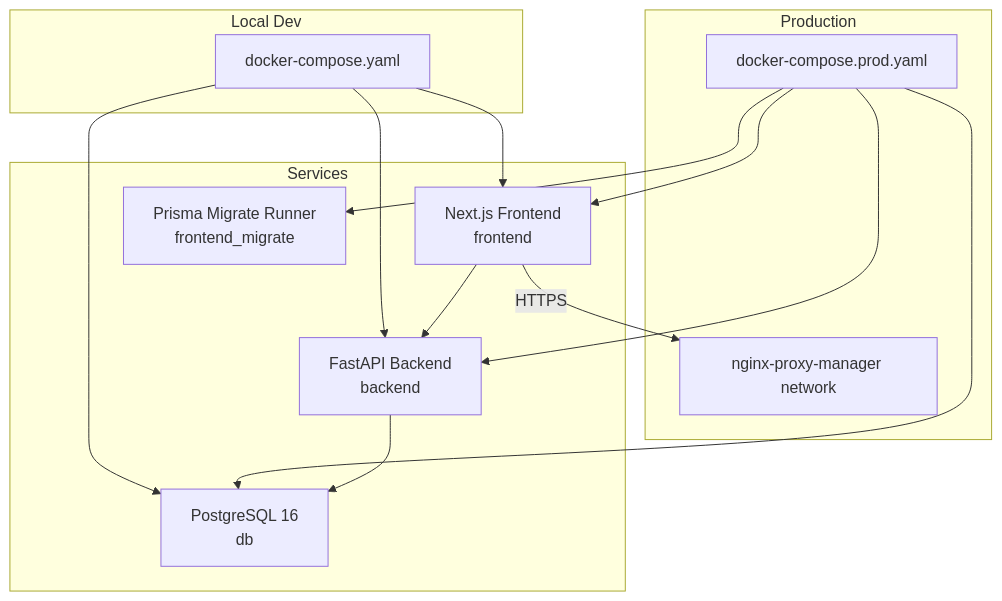
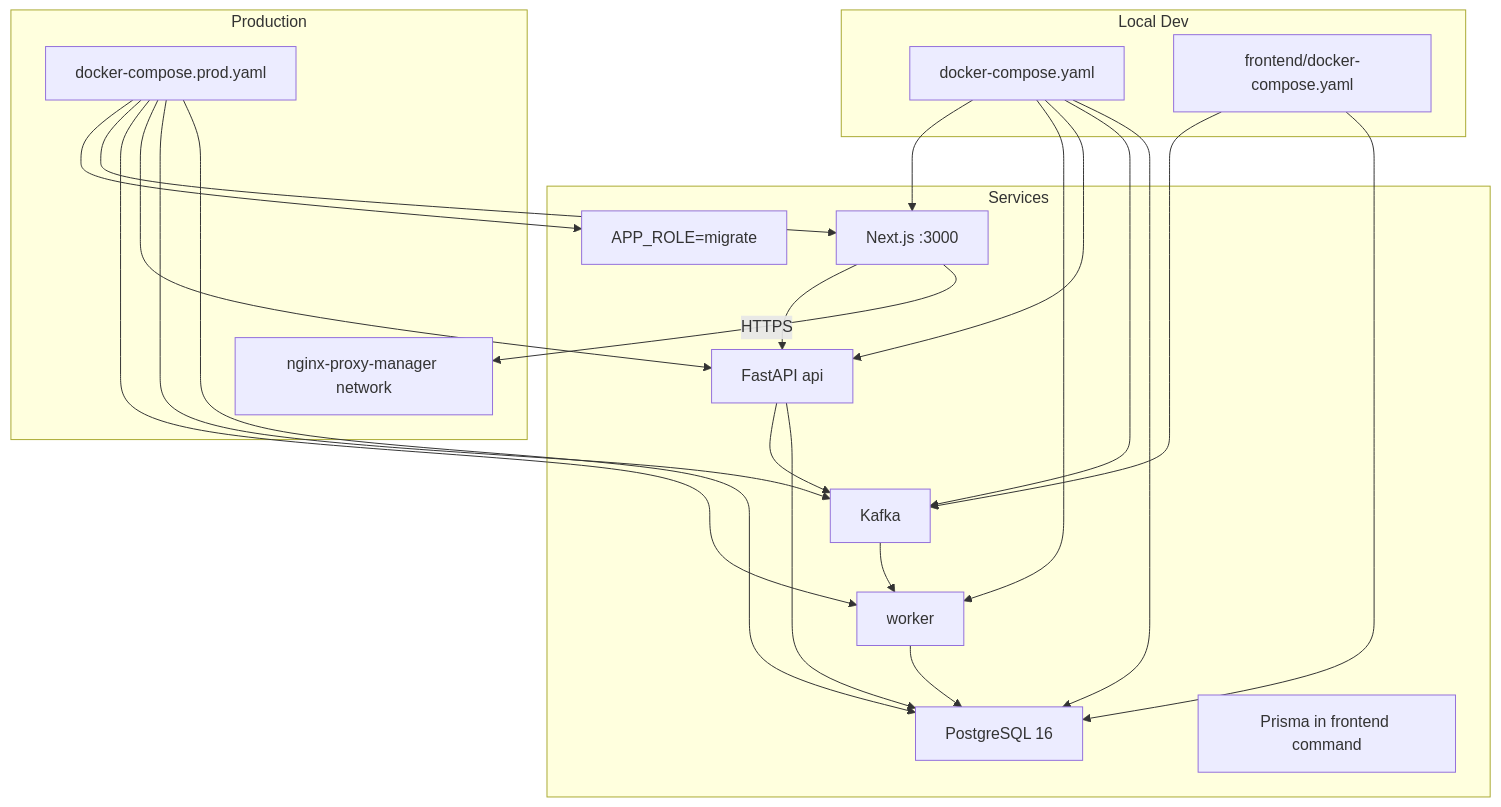
Before and after one commit to tashifkhan/tashif.codes: the first of 8 diagrams in src/data/docs/talentsync/Architecture Overview/Deployment Architecture.md, drawn with Mermaid. The commit also changed other lines of this file and 2128 other files, not shown here.

First line of the commit message:
docs: replace raster diagram images with native Mermaid across project guides

````diff
--- a/src/data/docs/talentsync/Architecture Overview/Deployment Architecture.md
+++ b/src/data/docs/talentsync/Architecture Overview/Deployment Architecture.md
@@ -14,26 +14,39 @@
 ```mermaid
 graph TB
 subgraph "Local Dev"
 DCDev["docker-compose.yaml"]
+HOST["frontend/docker-compose.yaml"]
 end
 subgraph "Production"
 DCP["docker-compose.prod.yaml"]
 NPMNet["nginx-proxy-manager network"]
 end
 subgraph "Services"
-DB["PostgreSQL 16<br/>db"]
-BE["FastAPI Backend<br/>backend"]
-FE["Next.js Frontend<br/>frontend"]
-MIG["Prisma Migrate Runner<br/>frontend_migrate"]
+DB["PostgreSQL 16"]
+K["Kafka"]
+BE["FastAPI api"]
+W["worker"]
+FE["Next.js :3000"]
+MIG["Prisma in frontend command"]
+ALEMBIC["APP_ROLE=migrate"]
 end
 DCDev --> DB
+DCDev --> K
 DCDev --> BE
+DCDev --> W
 DCDev --> FE
+HOST --> DB
+HOST --> K
 DCP --> DB
+DCP --> K
 DCP --> BE
+DCP --> W
 DCP --> FE
-DCP --> MIG
+DCP --> ALEMBIC
 FE --> |"HTTPS"| NPMNet
 BE --> DB
+W --> DB
 FE --> BE
+BE --> K
+K --> W
 ```
````
